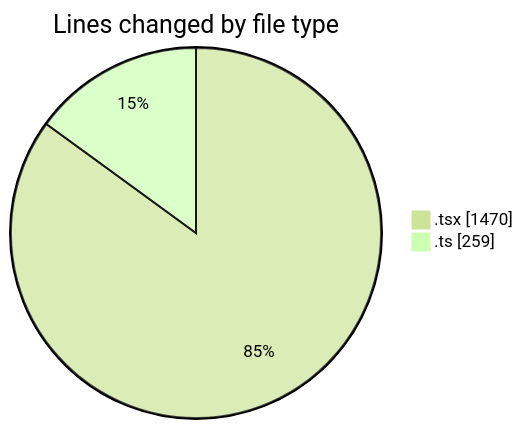
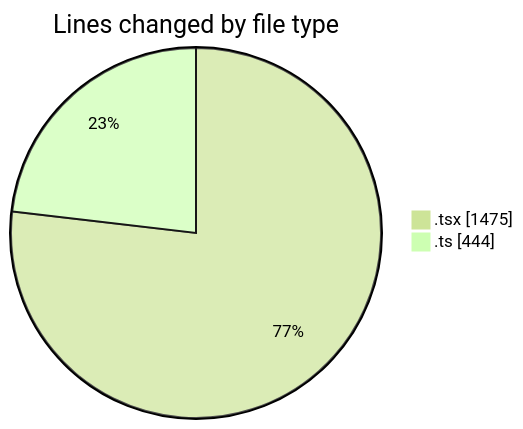
One commit to robertbonfada/code-tracking changed the first of 2 diagrams in 2025-01-30/mbc-web/README.md. Above: the diagram before and after it, drawn with Mermaid (forest theme). The commit also changed other lines of this file and 1 other file, not shown here.

````diff
--- a/2025-01-30/mbc-web/README.md
+++ b/2025-01-30/mbc-web/README.md
@@ -28,6 +29,6 @@
 ```mermaid
 pie showData
 title Lines changed by file type
-".tsx" : 1470
-".ts" : 259
+".tsx" : 1475
+".ts" : 444
 ```
````
